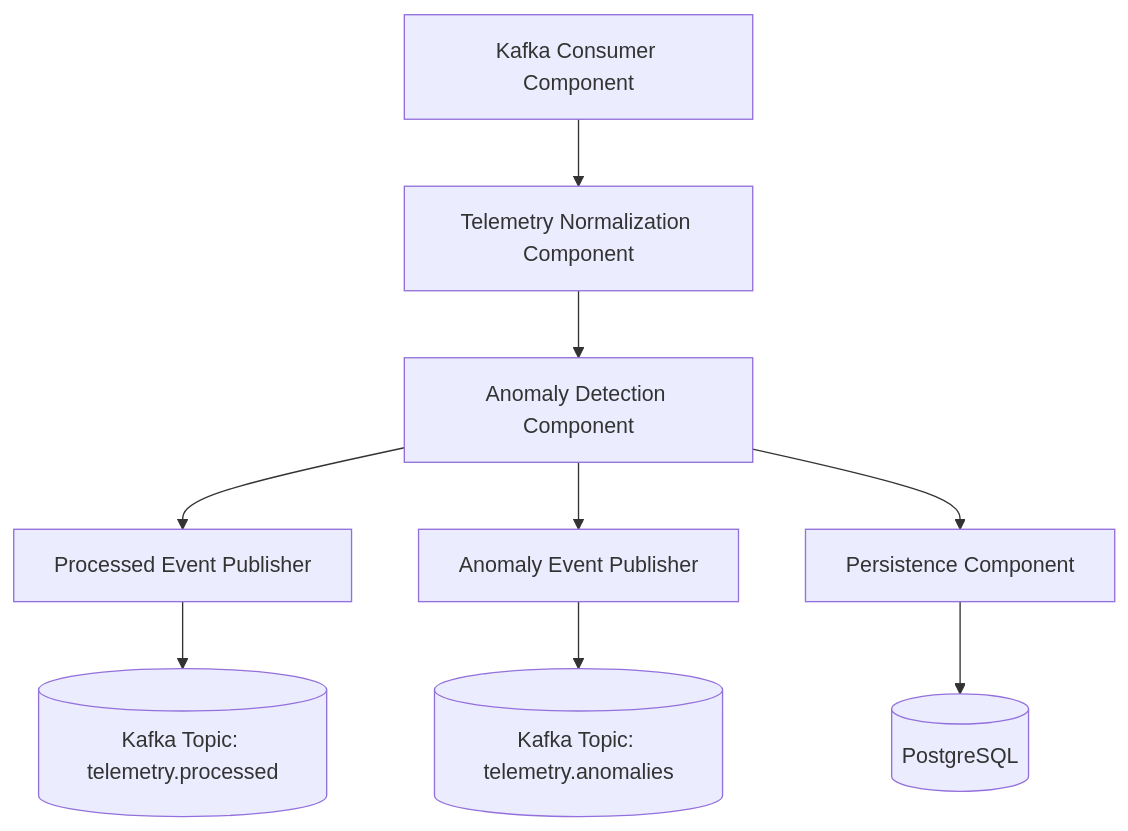
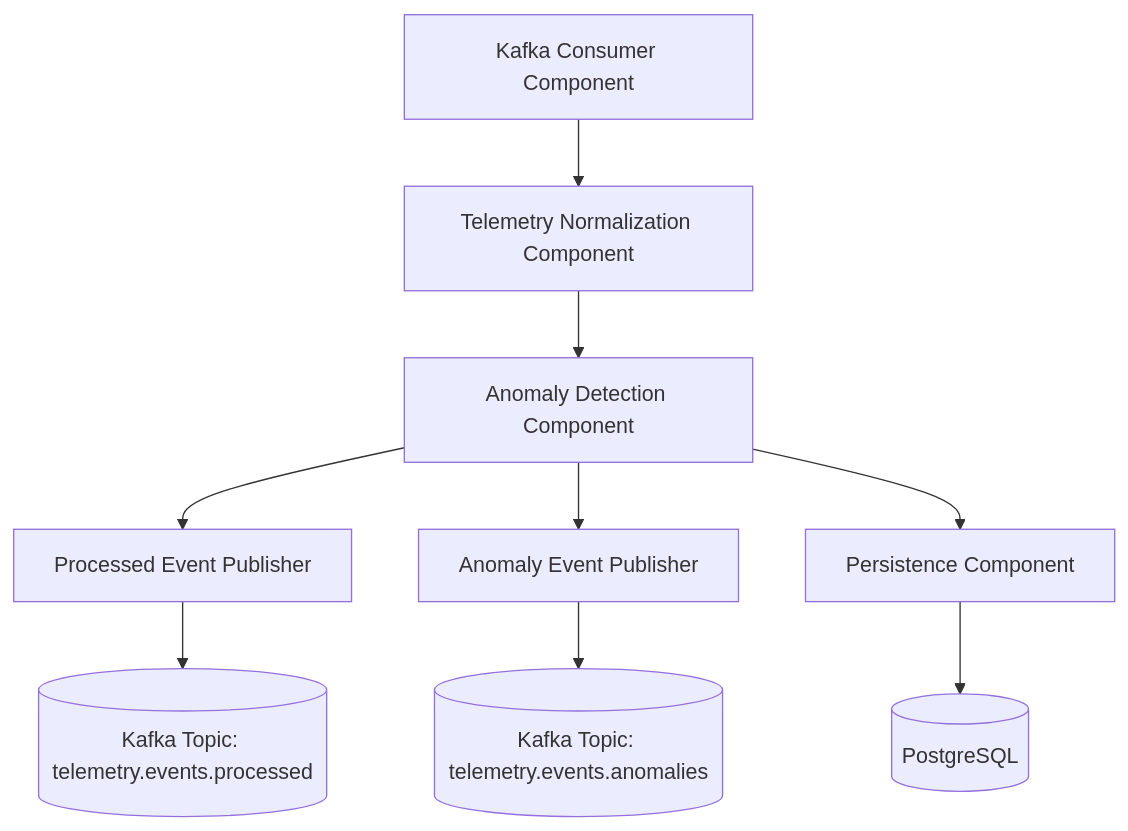
Before and after one commit to ME-Massine/pulsestream: the fourth of 4 diagrams in docs/architecture/c4-model.md, drawn with Mermaid. The commit also changed other lines of this file and 5 other files, not shown here.

Commit message:
docs: fix architecture documentation consistency issues (#55)

````diff
--- a/docs/architecture/c4-model.md
+++ b/docs/architecture/c4-model.md
@@ -151,12 +151,12 @@
 ```mermaid
 flowchart TB
     A[Kafka Consumer Component] --> B[Telemetry Normalization Component]
     B --> C[Anomaly Detection Component]
     C --> D[Processed Event Publisher]
     C --> E[Anomaly Event Publisher]
     C --> F[Persistence Component]
 
-    D --> G[(Kafka Topic: telemetry.processed)]
-    E --> H[(Kafka Topic: telemetry.anomalies)]
+    D --> G[(Kafka Topic: telemetry.events.processed)]
+    E --> H[(Kafka Topic: telemetry.events.anomalies)]
     F --> I[(PostgreSQL)]
 ```
````
